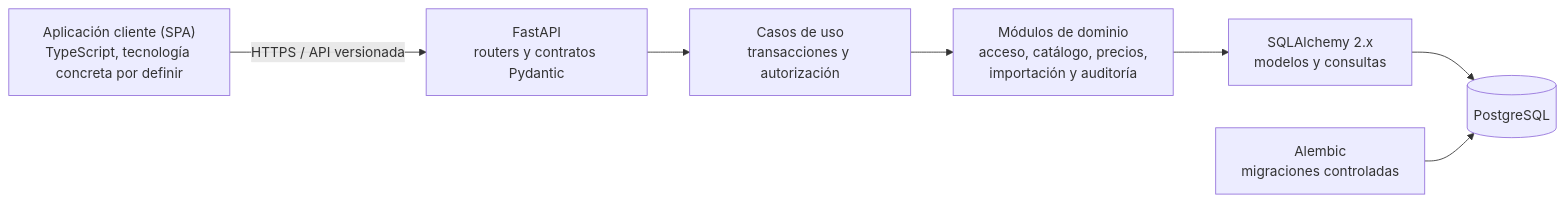
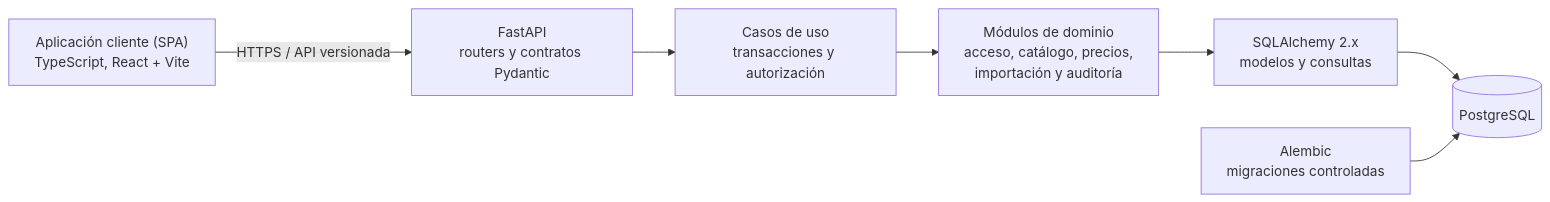
Before and after one commit to ariadnacisterna/business-management: the diagram in docs/09-propuesta-arquitectura-tecnica.md, drawn with Mermaid. The commit also changed other lines of this file and 28 other files, not shown here.

````diff
--- a/docs/09-propuesta-arquitectura-tecnica.md
+++ b/docs/09-propuesta-arquitectura-tecnica.md
@@ -188,17 +192,17 @@
 ```mermaid
 flowchart LR
-    UI["Aplicación cliente (SPA)<br/>TypeScript, tecnología concreta por definir"]
+    UI["Aplicación cliente (SPA)<br/>TypeScript, React + Vite"]
     API["FastAPI<br/>routers y contratos Pydantic"]
     APP["Casos de uso<br/>transacciones y autorización"]
     MOD["Módulos de dominio<br/>acceso, catálogo, precios,<br/>importación y auditoría"]
     ORM["SQLAlchemy 2.x<br/>modelos y consultas"]
     DB[("PostgreSQL")]
     MIG["Alembic<br/>migraciones controladas"]
 
     UI -->|HTTPS / API versionada| API
     API --> APP
     APP --> MOD
     MOD --> ORM
     ORM --> DB
     MIG --> DB
 ```
````
